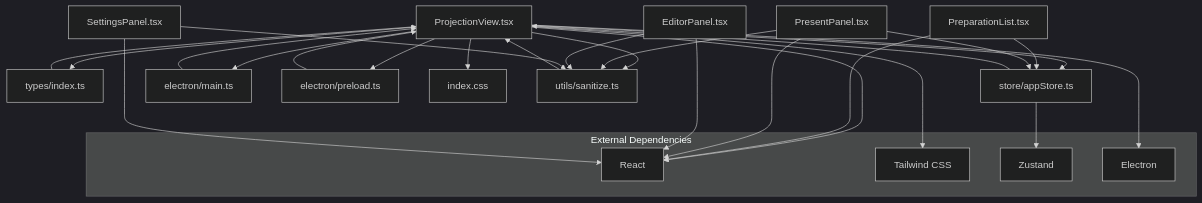
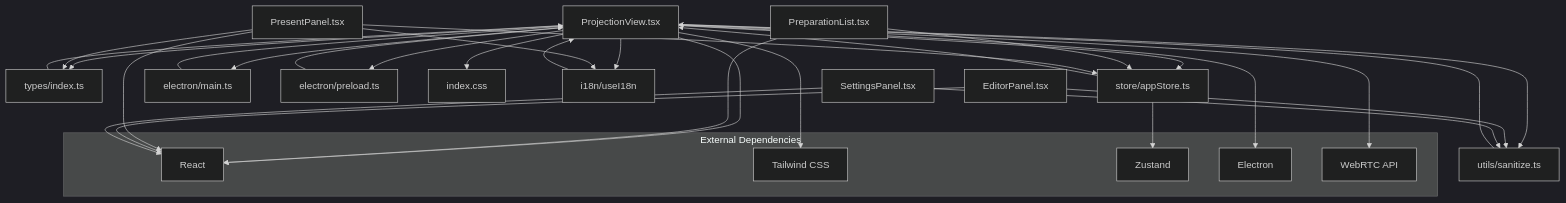
Diagram 16 of 16 in .qoder/repowiki/en/content/User Interface Components/Projection View Component.md (jimmywyk/lyricdeck), drawn with Mermaid (dark theme) before and after one commit. The commit also changed other lines of this file and 5 other files, not shown here.

````diff
--- a/.qoder/repowiki/en/content/User Interface Components/Projection View Component.md
+++ b/.qoder/repowiki/en/content/User Interface Components/Projection View Component.md
@@ -583,33 +739,38 @@
 ```mermaid
 graph TB
 PV["ProjectionView.tsx"] --> Types["types/index.ts"]
 PV --> Store["store/appStore.ts"]
 PV --> Electron["electron/main.ts"]
 PV --> Preload["electron/preload.ts"]
 PV --> CSS["index.css"]
 PV --> Security["utils/sanitize.ts"]
+PV --> I18n["i18n/useI18n"]
 Types --> PV
 Store --> PV
 Electron --> PV
 Preload --> PV
 Security --> PV
+I18n --> PV
 PL["PreparationList.tsx"] --> Store
 PP["PresentPanel.tsx"] --> Store
-PP --> Security
+PP --> Types
+PP --> I18n
 EP["EditorPanel.tsx"] --> Security
 SP["SettingsPanel.tsx"] --> Security
 subgraph "External Dependencies"
 React["React"]
 Tailwind["Tailwind CSS"]
 Zustand["Zustand"]
 ElectronDep["Electron"]
+WebRTC["WebRTC API"]
 end
 PV --> React
 PV --> Tailwind
 Store --> Zustand
 PV --> ElectronDep
+PV --> WebRTC
 PL --> React
 PP --> React
 EP --> React
 SP --> React
 ```
````
